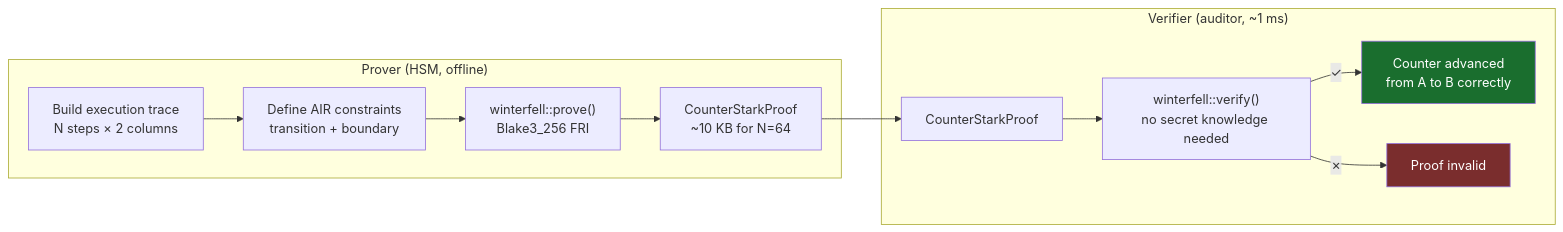
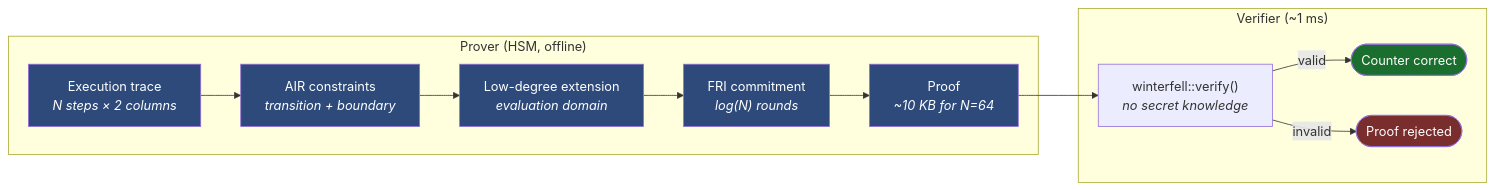
One commit to sonoransun/multicraton-hsm-testnet changed the seventh of 16 diagrams in README.md. Above: the diagram before and after it, drawn with Mermaid. The commit also changed other lines of this file and 28 other files, not shown here.

````diff
--- a/README.md
+++ b/README.md
@@ -230,19 +247,26 @@
 ```mermaid
 flowchart LR
     subgraph PROVE["Prover  (HSM, offline)"]
-        T["Build execution trace<br/>N steps × 2 columns"] --> A["Define AIR constraints<br/>transition + boundary"]
-        A --> P["winterfell::prove()<br/>Blake3_256 FRI"]
-        P --> PR["CounterStarkProof<br/>~10 KB for N=64"]
+        T["Execution trace<br/><i>N steps × 2 columns</i>"]
+        A["AIR constraints<br/><i>transition + boundary</i>"]
+        LDE["Low-degree extension<br/><i>evaluation domain</i>"]
+        FRI["FRI commitment<br/><i>log(N) rounds</i>"]
+        PR["Proof<br/><i>~10 KB for N=64</i>"]
+        T --> A --> LDE --> FRI --> PR
     end
 
-    subgraph VERIFY["Verifier  (auditor, ~1 ms)"]
-        PR2["CounterStarkProof"] --> V["winterfell::verify()<br/>no secret knowledge needed"]
-        V -->|"✓"| VALID["Counter advanced<br/>from A to B correctly"]
-        V -->|"✗"| INV["Proof invalid"]
+    subgraph VERIFY["Verifier  (~1 ms)"]
+        V["winterfell::verify()<br/><i>no secret knowledge</i>"]
+        V -->|valid| OK(["Counter correct"])
+        V -->|invalid| FAIL(["Proof rejected"])
     end
 
-    PR --> PR2
+    PR --> V
 
-    style VALID fill:#1a6e2e,color:#fff
-    style INV fill:#7a2d2d,color:#fff
+    classDef prove fill:#2d4a7a,color:#fff
+    classDef ok fill:#1a6e2e,color:#fff
+    classDef fail fill:#7a2d2d,color:#fff
+    class T,A,LDE,FRI,PR prove
+    class OK ok
+    class FAIL fail
 ```
````
